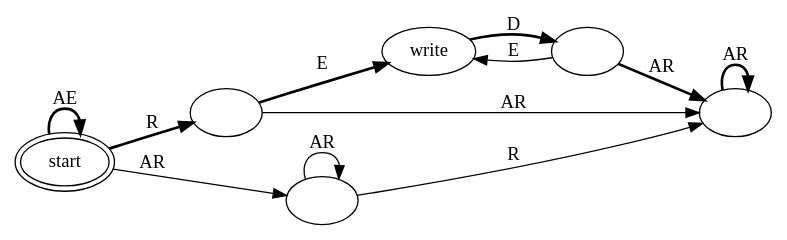
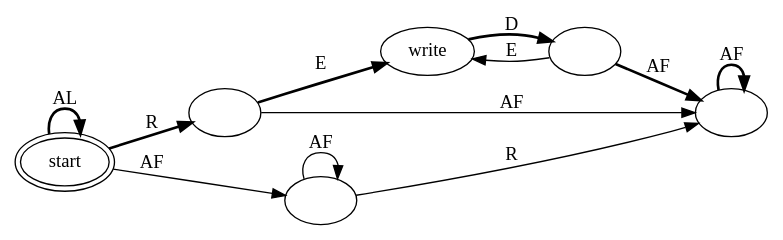
The diagram in sosp/opgroup_transitions.dot (ucla-readable/fstitch-doc), drawn with Graphviz before and after one commit. The commit also changed 8 other files, not shown here.

```diff
--- a/sosp/opgroup_transitions.dot
+++ b/sosp/opgroup_transitions.dot
@@ -1,21 +1,21 @@
 digraph opgrouptransitions
 {
 	rankdir=LR
 	"start" [label="start",peripheries=2]
 	"a" [label=""]
 	"b" [label="write"]
 	"c" [label=""]
 	"d" [label=""]
 	"e" [label=""]
-	"start" -> "start" [label="AE",style=bold]
+	"start" -> "start" [label="AL",style=bold]
 	"start" -> "a" [label="R",style=bold]
-	"start" -> "d" [label="AR"]
+	"start" -> "d" [label="AF"]
 	"a" -> "b" [label="E",style=bold]
-	"a" -> "e" [label="AR"]
+	"a" -> "e" [label="AF"]
 	"b" -> "c" [label="D",style=bold]
 	"c" -> "b" [label="E"]
-	"c" -> "e" [label="AR",style=bold]
-	"d" -> "d" [label="AR"]
+	"c" -> "e" [label="AF",style=bold]
+	"d" -> "d" [label="AF"]
 	"d" -> "e" [label="R"]
-	"e" -> "e" [label="AR",style=bold]
+	"e" -> "e" [label="AF",style=bold]
 }
```
